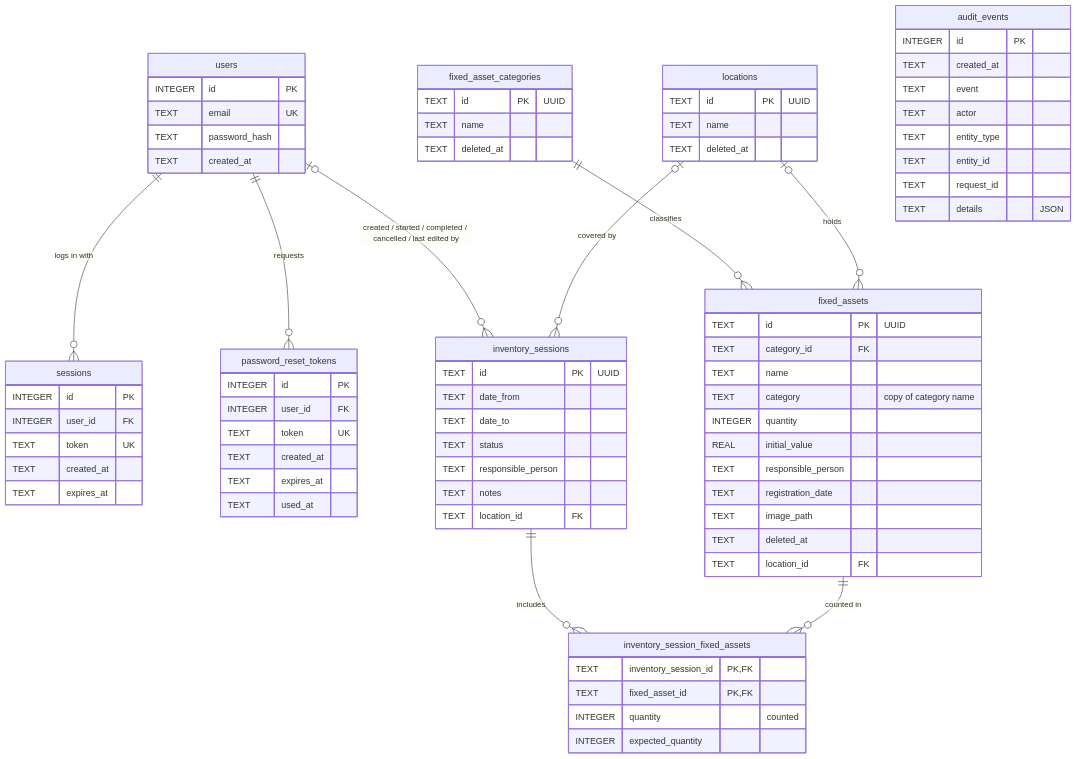
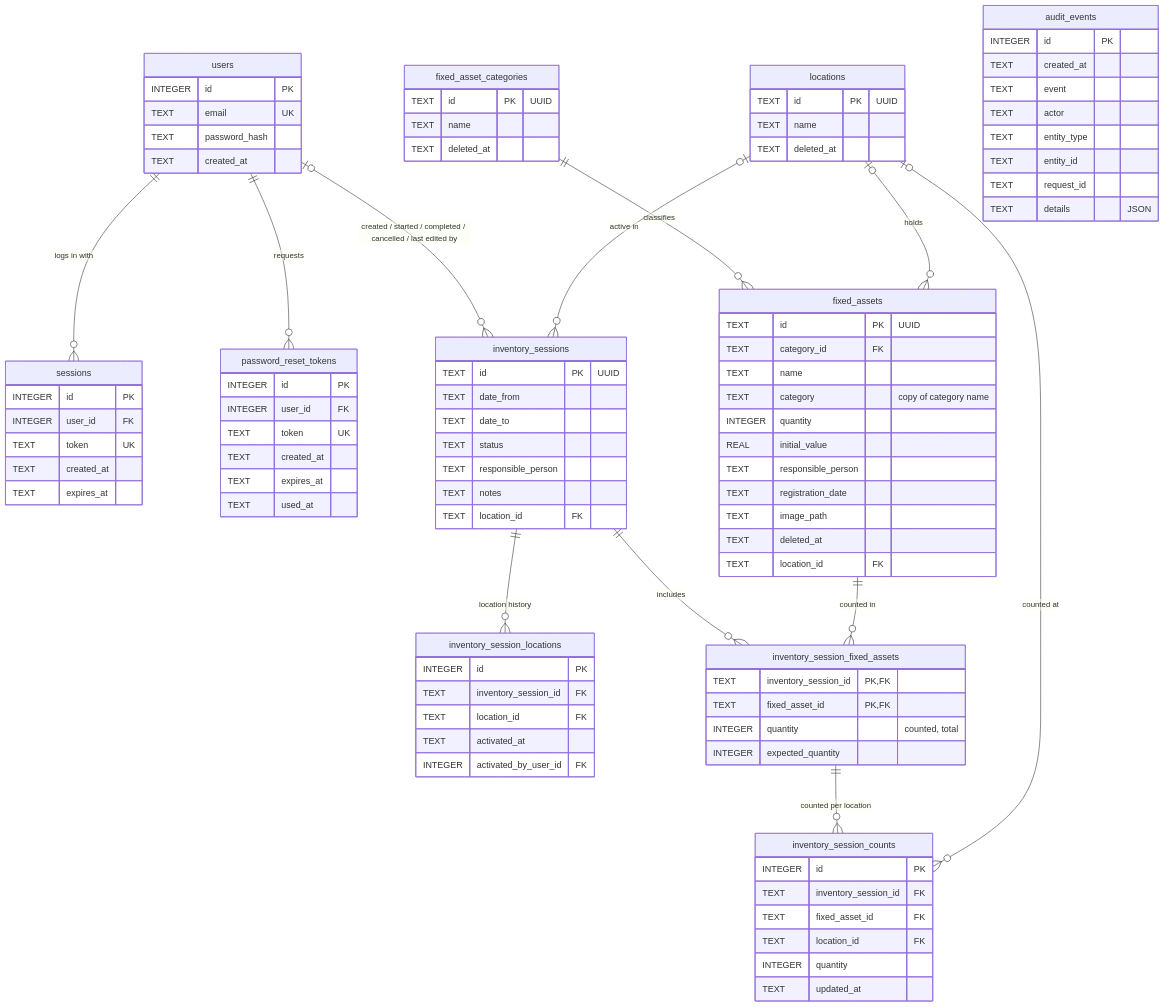
The diagram in docs/DATABASE.md (andris-k/AI-Hackaton), drawn with Mermaid before and after one commit. The commit also changed other lines of this file and 17 other files, not shown here.

```diff
--- a/docs/DATABASE.md
+++ b/docs/DATABASE.md
@@ -20,7 +20,10 @@
     users |o--o{ inventory_sessions : "created / started / completed / cancelled / last edited by"
     fixed_asset_categories ||--o{ fixed_assets : "classifies"
     locations |o--o{ fixed_assets : "holds"
-    locations |o--o{ inventory_sessions : "covered by"
+    locations |o--o{ inventory_sessions : "active in"
+    inventory_sessions ||--o{ inventory_session_locations : "location history"
+    inventory_session_fixed_assets ||--o{ inventory_session_counts : "counted per location"
+    locations |o--o{ inventory_session_counts : "counted at"
     inventory_sessions ||--o{ inventory_session_fixed_assets : "includes"
     fixed_assets ||--o{ inventory_session_fixed_assets : "counted in"
 
@@ -80,8 +83,23 @@
     inventory_session_fixed_assets {
         TEXT inventory_session_id PK, FK
         TEXT fixed_asset_id PK, FK
-        INTEGER quantity "counted"
+        INTEGER quantity "counted, total"
         INTEGER expected_quantity
+    }
+    inventory_session_counts {
+        INTEGER id PK
+        TEXT inventory_session_id FK
+        TEXT fixed_asset_id FK
+        TEXT location_id FK
+        INTEGER quantity
+        TEXT updated_at
+    }
+    inventory_session_locations {
+        INTEGER id PK
+        TEXT inventory_session_id FK
+        TEXT location_id FK
+        TEXT activated_at
+        INTEGER activated_by_user_id FK
     }
     audit_events {
         INTEGER id PK
```
